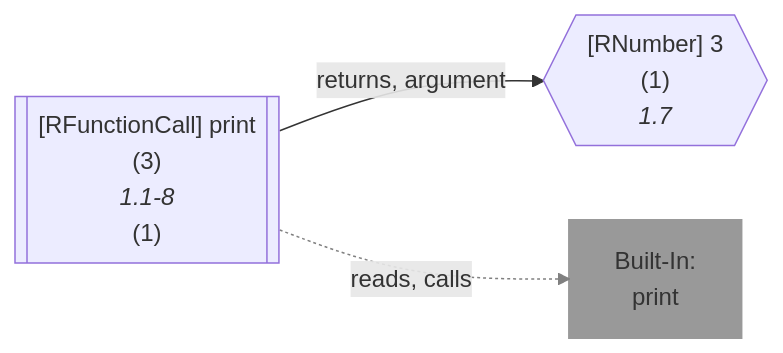
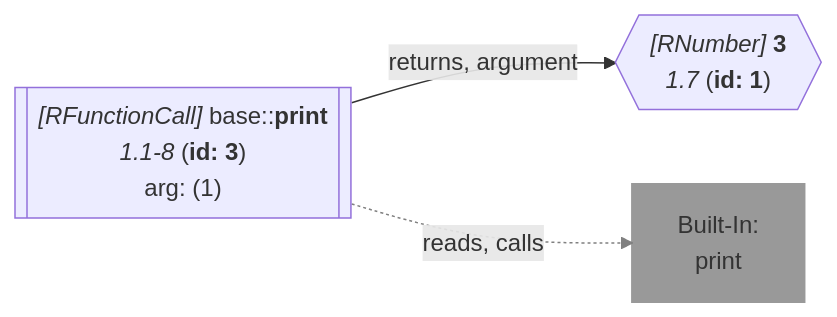
Before and after one commit to flowr-analysis/flowr: diagram 16 of 23 in wiki/Control Flow Graph.md, drawn with Mermaid. The commit also changed other lines of this file and 87 other files, not shown here.

````diff
--- a/wiki/Control Flow Graph.md
+++ b/wiki/Control Flow Graph.md
@@ -1037,17 +1037,15 @@
 ```mermaid
 flowchart LR
-    1{{"`#91;RNumber#93; 3
-      (1)
-      *1.7*`"}}
+    1{{"`*#91;RNumber#93;* **3**
+      *1.7* (**id: 1**)`"}}
    %% No edges found for 1
-    3[["`#91;RFunctionCall#93; print
-      (3)
-      *1.1-8*
-    (1)`"]]
+    3[["`*#91;RFunctionCall#93;* base#58;#58;**print**
+      *1.1-8* (**id: 3**)
+    arg: (1)`"]]
     built-in:print["`Built-In:
 print`"]
     style built-in:print stroke:gray,fill:gray,stroke-width:2px,opacity:.8;
     3 -->|"returns, argument"| 1
     3 -.->|"reads, calls"| built-in:print
     linkStyle 1 stroke:gray;
 ```
````
